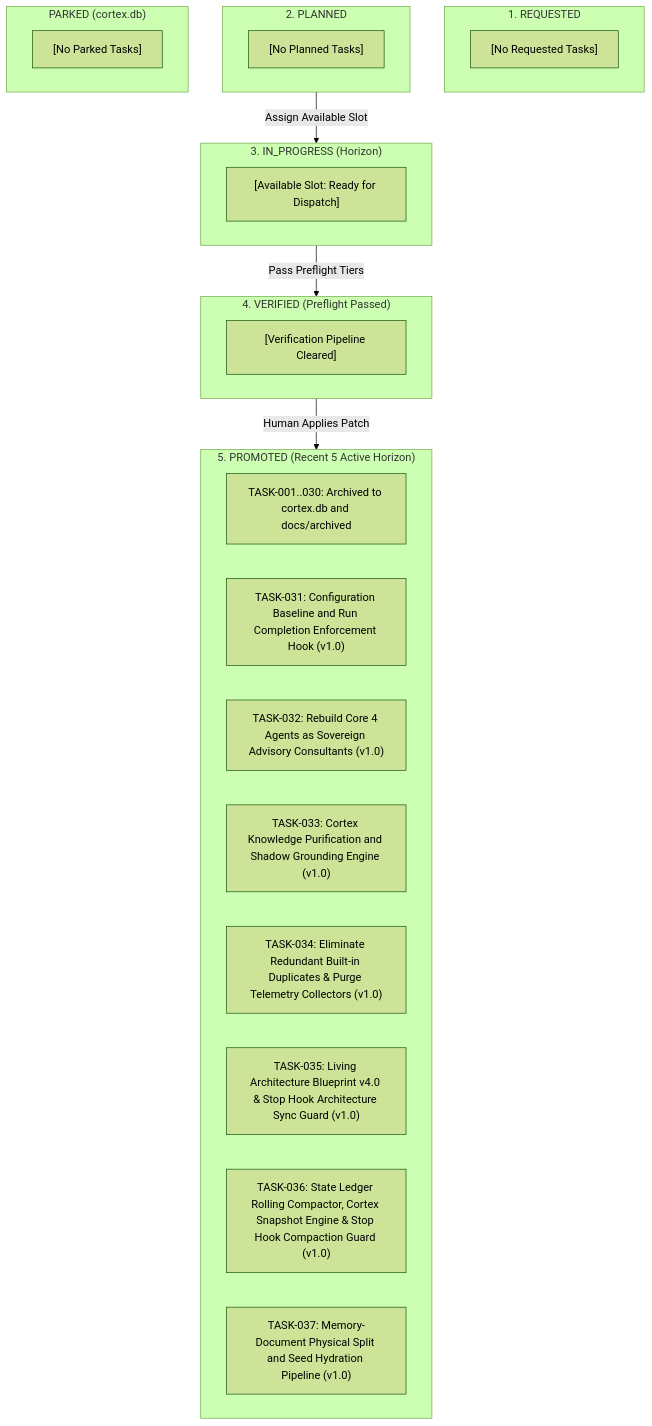
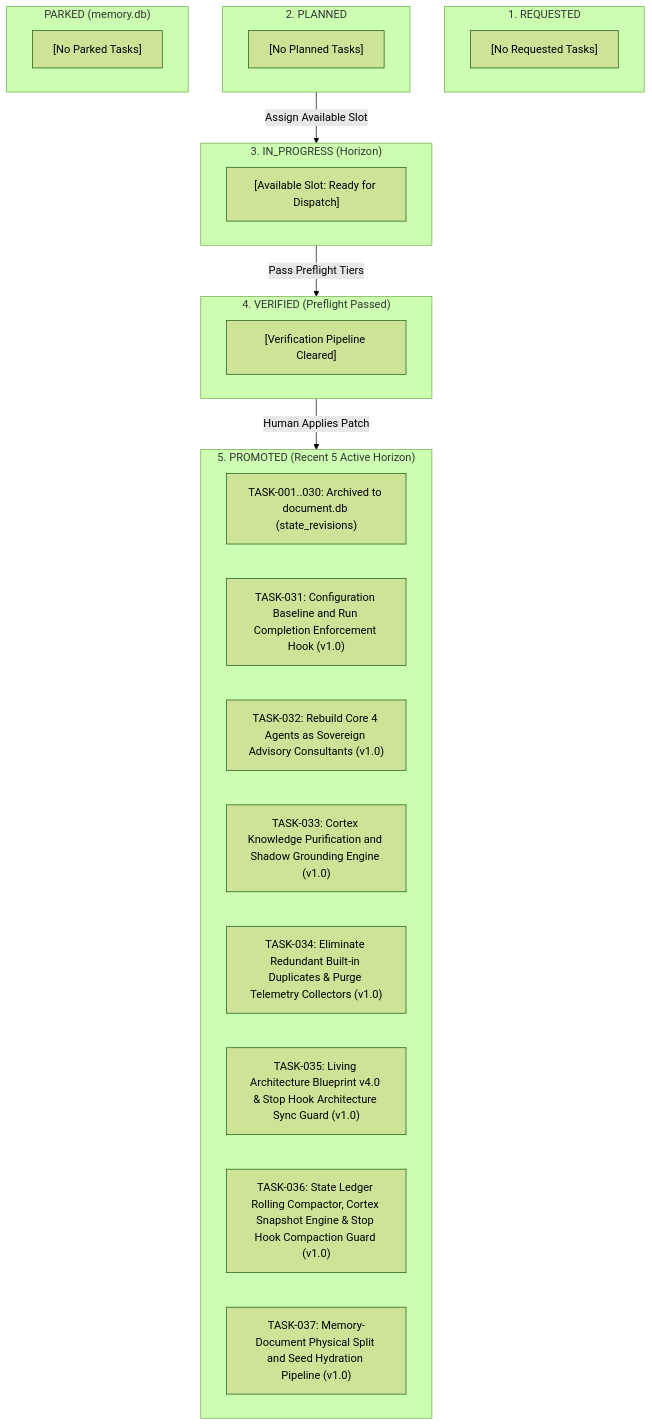
One commit to jinseobhong/antigravity-autopoiesis changed the third of 4 diagrams in docs/active/CURRENT_STATE.md. Above: the diagram before and after it, drawn with Mermaid (forest theme). The commit also changed other lines of this file and 15 other files, not shown here.

Commit message:
refactor(cortex): purge cortex.db legacy artifacts and decouple physical markdown archive files (TASK-038)

````diff
--- a/docs/active/CURRENT_STATE.md
+++ b/docs/active/CURRENT_STATE.md
@@ -130,37 +129,37 @@
 ```mermaid
 flowchart TD
     subgraph ColRequested ["1. REQUESTED"]
         REQ_100["[No Requested Tasks]"]
     end
 
     subgraph ColPlanned ["2. PLANNED"]
         PLN_100["[No Planned Tasks]"]
     end
 
-    subgraph ColParked ["PARKED (cortex.db)"]
+    subgraph ColParked ["PARKED (memory.db)"]
         PRK_100["[No Parked Tasks]"]
     end
 
     subgraph ColActive ["3. IN_PROGRESS (Horizon)"]
         ACT_100["[Available Slot: Ready for Dispatch]"]
     end
 
     subgraph ColVerified ["4. VERIFIED (Preflight Passed)"]
         VER_100["[Verification Pipeline Cleared]"]
     end
 
     subgraph ColPromoted ["5. PROMOTED (Recent 5 Active Horizon)"]
-        PRM_ARCH["TASK-001..030: Archived to cortex.db and docs/archived"]
+        PRM_ARCH["TASK-001..030: Archived to document.db (state_revisions)"]
         PRM_131["TASK-031: Configuration Baseline and Run Completion Enforcement Hook (v1.0)"]
         PRM_132["TASK-032: Rebuild Core 4 Agents as Sovereign Advisory Consultants (v1.0)"]
         PRM_133["TASK-033: Cortex Knowledge Purification and Shadow Grounding Engine (v1.0)"]
         PRM_134["TASK-034: Eliminate Redundant Built-in Duplicates & Purge Telemetry Collectors (v1.0)"]
         PRM_135["TASK-035: Living Architecture Blueprint v4.0 & Stop Hook Architecture Sync Guard (v1.0)"]
         PRM_136["TASK-036: State Ledger Rolling Compactor, Cortex Snapshot Engine & Stop Hook Compaction Guard (v1.0)"]
         PRM_137["TASK-037: Memory-Document Physical Split and Seed Hydration Pipeline (v1.0)"]
     end
 
     ColPlanned -->|"Assign Available Slot"| ColActive
     ColActive -->|"Pass Preflight Tiers"| ColVerified
     ColVerified -->|"Human Applies Patch"| ColPromoted
 ```
````
